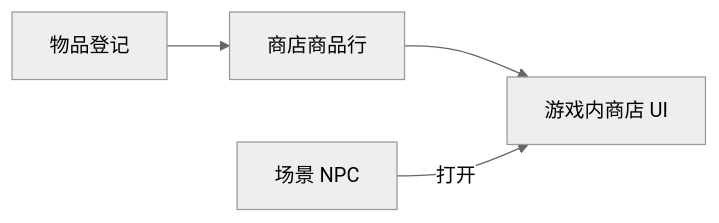
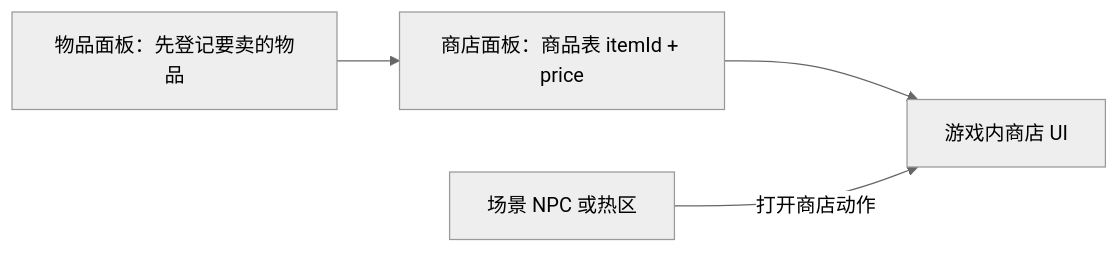
Before and after one commit to wubugui/GDoc: the diagram in docs/editors/panels/shop.md, drawn with Mermaid (neutral theme). The commit also changed other lines of this file and 112 other files, not shown here.

````diff
--- a/docs/editors/panels/shop.md
+++ b/docs/editors/panels/shop.md
@@ -39,6 +35,6 @@
 ```mermaid
 flowchart LR
-  I[物品登记] --> S[商店商品行]
+  I[物品面板：先登记要卖的物品] --> S[商店面板：商品表 itemId + price]
   S --> G[游戏内商店 UI]
-  N[场景 NPC] -->|打开| G
+  N[场景 NPC 或热区] -->|打开商店动作| G
 ```
````
